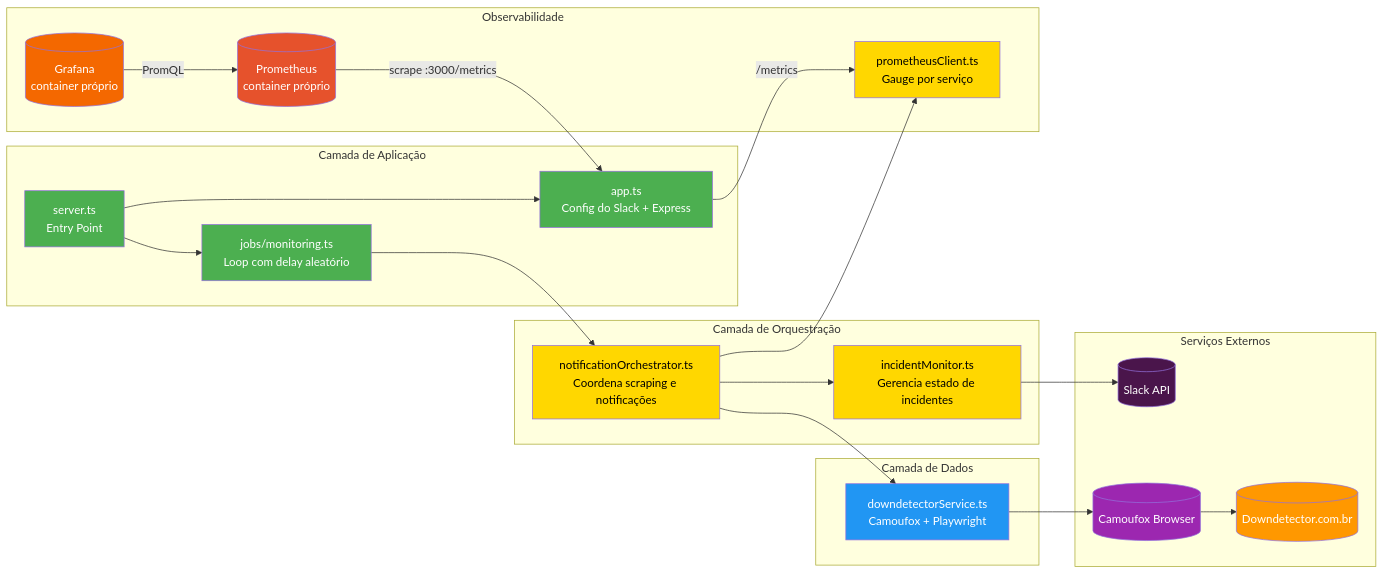
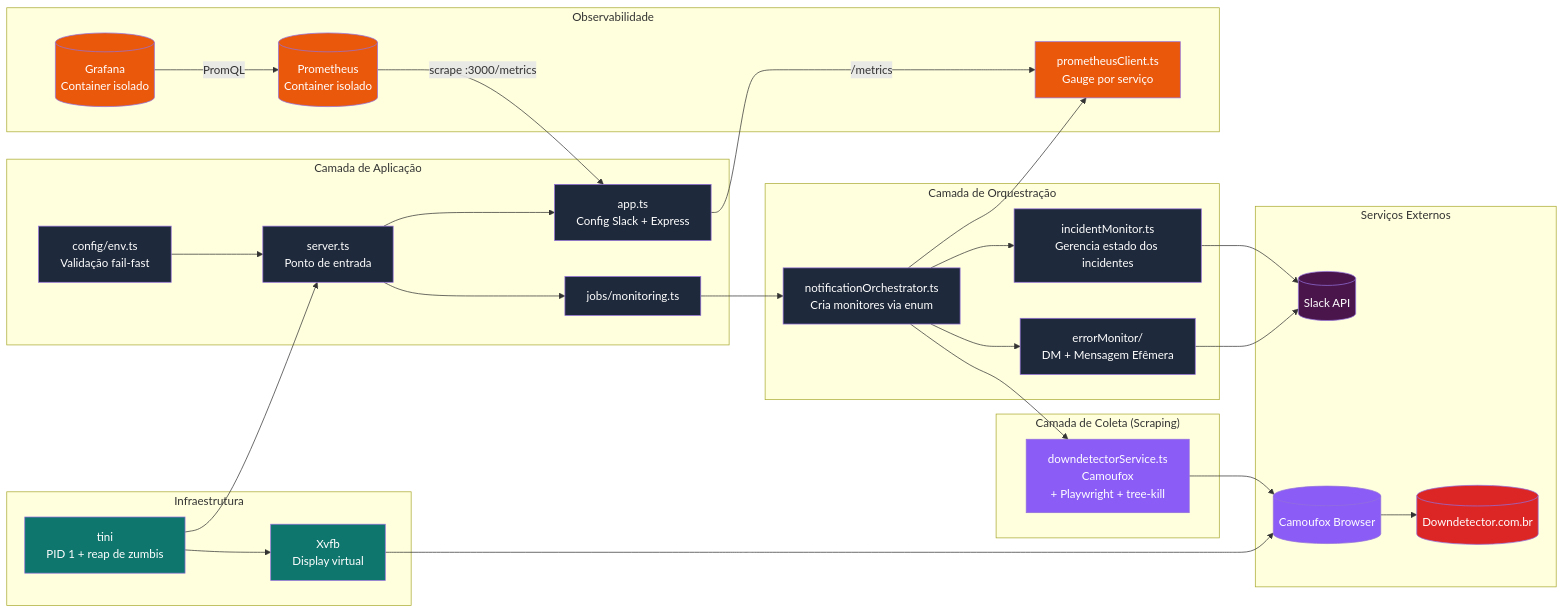
The second of 4 diagrams in README.md (eduardotashiro/downdetector-slack), drawn with Mermaid before and after one commit. The commit also changed other lines of this file, not shown here.

````diff
--- a/README.md
+++ b/README.md
@@ -369,24 +391,31 @@
 ```mermaid
 graph LR
     subgraph "Camada de Aplicação"
-        Server[server.ts<br/>Entry Point]
-        App[app.ts<br/>Config do Slack + Express]
-        Job[jobs/monitoring.ts<br/>Loop com delay aleatório]
+        Server[server.ts<br/>Ponto de entrada]
+        App[app.ts<br/>Config Slack + Express]
+        Job[jobs/monitoring.ts<br/>]
+        EnvCfg[config/env.ts<br/>Validação fail-fast]
     end
 
     subgraph "Camada de Orquestração"
-        Orchestrator[notificationOrchestrator.ts<br/>Coordena scraping e notificações]
-        Incident[incidentMonitor.ts<br/>Gerencia estado de incidentes]
+        Orchestrator[notificationOrchestrator.ts<br/>Cria monitores via enum]
+        Incident[incidentMonitor.ts<br/>Gerencia estado dos incidentes]
+        ErrorMon["errorMonitor/<br/>DM + Mensagem Efêmera"]
     end
 
-    subgraph "Camada de Dados"
-        Scraper[downdetectorService.ts<br/>Camoufox + Playwright]
+    subgraph "Camada de Coleta (Scraping)"
+        Scraper[downdetectorService.ts<br/>Camoufox<br/> + Playwright + tree-kill]
     end
 
     subgraph "Observabilidade"
         Metrics[prometheusClient.ts<br/>Gauge por serviço]
-        PromSvc[(Prometheus<br/>container próprio)]
-        GrafanaSvc[(Grafana<br/>container próprio)]
+        PromSvc[(Prometheus<br/>Container isolado)]
+        GrafanaSvc[(Grafana<br/>Container isolado)]
+    end
+
+    subgraph "Infraestrutura"
+        Tini[tini<br/>PID 1 + reap de zumbis]
+        Xvfb[Xvfb<br/>Display virtual]
     end
 
     subgraph "Serviços Externos"
@@ -395,33 +424,59 @@
         Camoufox[(Camoufox Browser)]
     end
 
+    %% Fluxos da Aplicação
+    EnvCfg --> Server
     Server --> Job
     Server --> App
     Job --> Orchestrator
 
+    %% Fluxos de Orquestração
     Orchestrator --> Scraper
     Orchestrator --> Incident
+    Orchestrator --> ErrorMon
     Orchestrator --> Metrics
 
+    %% Fluxos de Scraping
     Scraper --> Camoufox
     Camoufox --> Downdetector
 
+    %% Notificações
     Incident --> SlackAPI
+    ErrorMon --> SlackAPI
 
+    %% Fluxos de Observabilidade
     App -- "/metrics" --> Metrics
     PromSvc -- "scrape :3000/metrics" --> App
     GrafanaSvc -- "PromQL" --> PromSvc
 
-    style Server fill:#4CAF50,color:#fff
-    style App fill:#4CAF50,color:#fff
-    style Job fill:#4CAF50,color:#fff
-    style Orchestrator fill:#FFD700,color:#000
-    style Incident fill:#FFD700,color:#000
-    style Metrics fill:#FFD700,color:#000
-    style Scraper fill:#2196F3,color:#fff
-    style Downdetector fill:#FF9800,color:#fff
+    %% Fluxos de Infraestrutura
+    Tini --> Server
+    Tini --> Xvfb
+    Xvfb --> Camoufox
+
+    %% Estilos - Backend (Azul Escuro/Slate)
+    style Server fill:#1e293b,color:#fff
+    style App fill:#1e293b,color:#fff
+    style Job fill:#1e293b,color:#fff
+    style EnvCfg fill:#1e293b,color:#fff
+    style Orchestrator fill:#1e293b,color:#fff
+    style Incident fill:#1e293b,color:#fff
+    style ErrorMon fill:#1e293b,color:#fff
+
+    %% Estilos - Coleta e Browser (Roxo)
+    style Scraper fill:#8b5cf6,color:#fff
+    style Camoufox fill:#8b5cf6,color:#fff
+
+    %% Estilos - Observabilidade (Laranja)
+    style Metrics fill:#ea580c,color:#fff
+    style PromSvc fill:#ea580c,color:#fff
+    style GrafanaSvc fill:#ea580c,color:#fff
+
+    %% Estilos - Infraestrutura (Teal/Verde-azulado)
+    style Tini fill:#0f766e,color:#fff
+    style Xvfb fill:#0f766e,color:#fff
+
+    %% Estilos - Serviços Externos (Cores de Marca)
     style SlackAPI fill:#4A154B,color:#fff
-    style Camoufox fill:#9C27B0,color:#fff
-    style PromSvc fill:#E6522C,color:#fff
-    style GrafanaSvc fill:#F46800,color:#fff
+    style Downdetector fill:#dc2626,color:#fff
 ```
````
